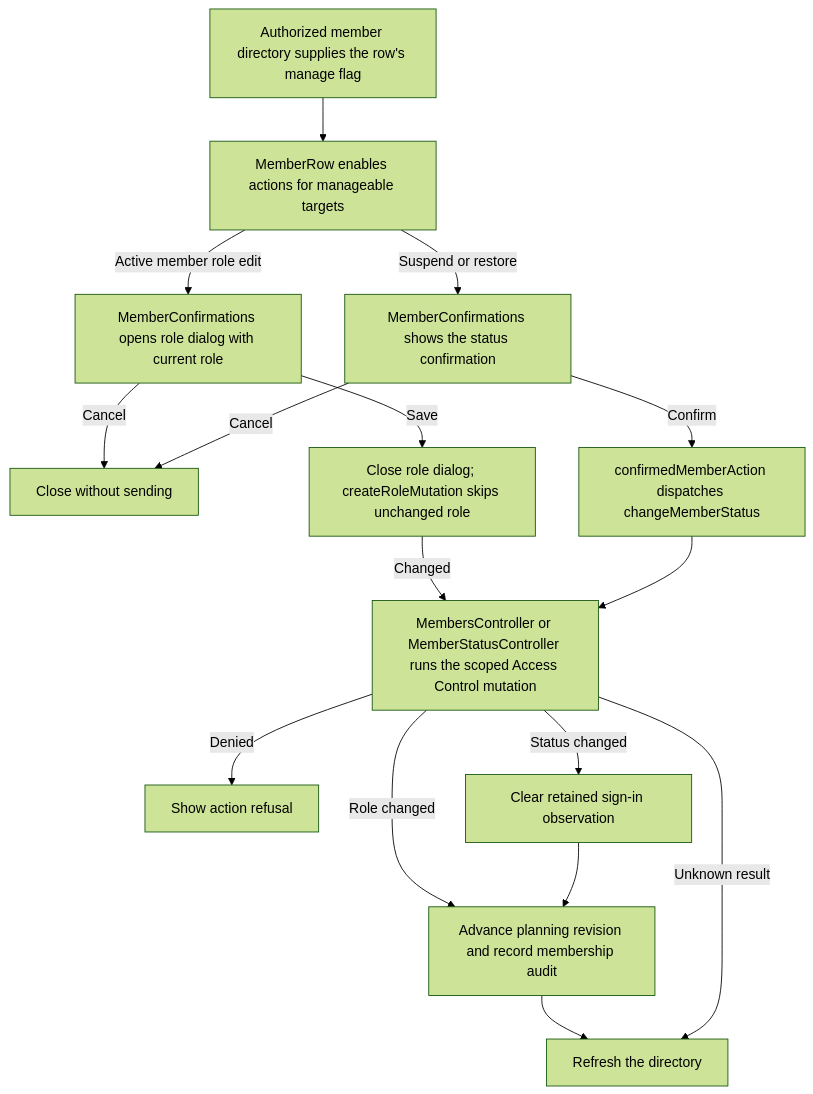
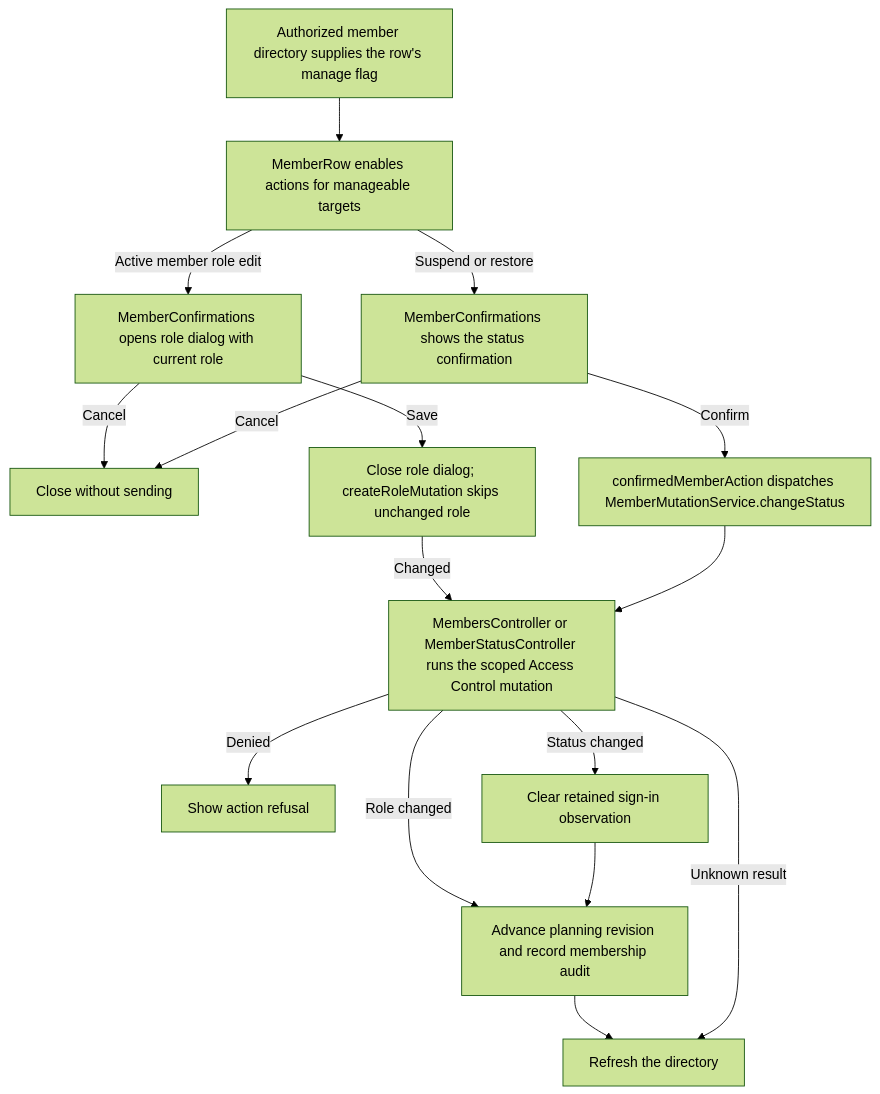
The second of 2 diagrams in user-stories/team/US-TEAM-06-change-membership.md (Kevinjohn/capacitylens), drawn with Mermaid (forest theme) before and after one commit. The commit also changed 4 other files, not shown here.

````diff
--- a/user-stories/team/US-TEAM-06-change-membership.md
+++ b/user-stories/team/US-TEAM-06-change-membership.md
@@ -37,18 +37,18 @@
 ```mermaid
 flowchart TD
   directory["Authorized member directory supplies the row's manage flag"] --> row["MemberRow enables actions for manageable targets"]
   row -->|Active member role edit| role["MemberConfirmations opens role dialog with current role"]
   row -->|Suspend or restore| status["MemberConfirmations shows the status confirmation"]
   role -->|Cancel| close["Close without sending"]
   role -->|Save| save["Close role dialog; createRoleMutation skips unchanged role"]
   status -->|Cancel| close
-  status -->|Confirm| confirmed["confirmedMemberAction dispatches changeMemberStatus"]
+  status -->|Confirm| confirmed["confirmedMemberAction dispatches MemberMutationService.changeStatus"]
   save -->|Changed| transaction["MembersController or MemberStatusController runs the scoped Access Control mutation"]
   confirmed --> transaction
   transaction -->|Denied| error["Show action refusal"]
   transaction -->|Role changed| revision["Advance planning revision and record membership audit"]
   transaction -->|Status changed| reset["Clear retained sign-in observation"]
   reset --> revision
   revision --> reload["Refresh the directory"]
   transaction -->|Unknown result| reload
 ```
````
